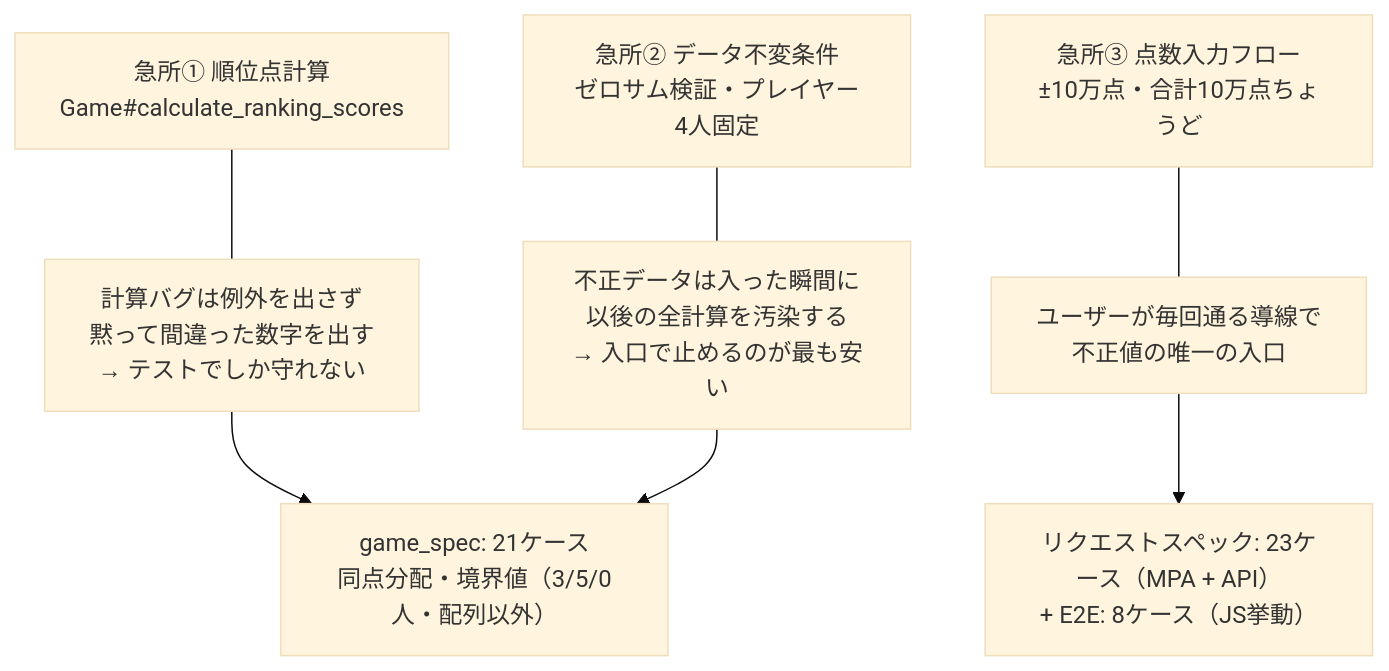
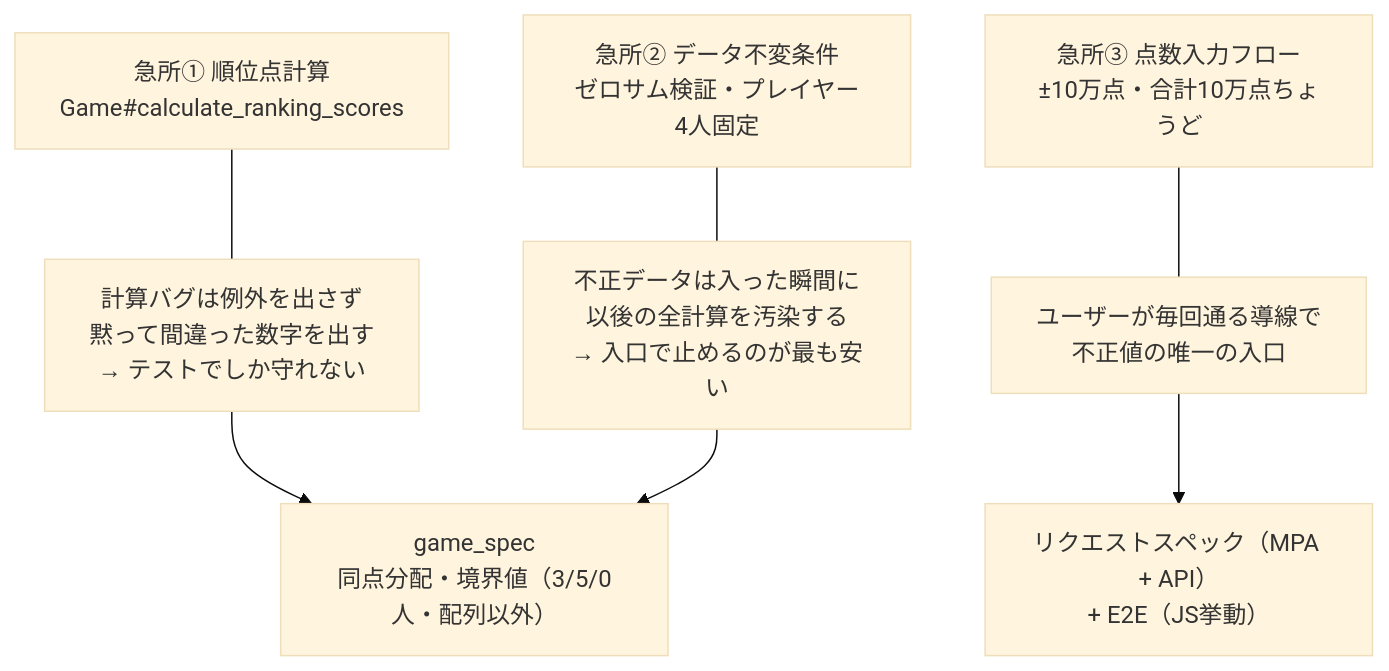
One commit to tsukamotohiroaki/mahjong_score changed the second of 2 diagrams in docs/test-strategy.md. Above: the diagram before and after it, drawn with Mermaid (base theme). The commit also changed other lines of this file and 1 other file, not shown here.

````diff
--- a/docs/test-strategy.md
+++ b/docs/test-strategy.md
@@ -28,17 +28,17 @@
 ```mermaid
 flowchart TB
     k1["急所① 順位点計算<br>Game#calculate_ranking_scores"]
     k2["急所② データ不変条件<br>ゼロサム検証・プレイヤー4人固定"]
     k3["急所③ 点数入力フロー<br>±10万点・合計10万点ちょうど"]
 
     w1["計算バグは例外を出さず<br>黙って間違った数字を出す<br>→ テストでしか守れない"]
     w2["不正データは入った瞬間に<br>以後の全計算を汚染する<br>→ 入口で止めるのが最も安い"]
     w3["ユーザーが毎回通る導線で<br>不正値の唯一の入口"]
 
-    t1["game_spec: 21ケース<br>同点分配・境界値（3/5/0人・配列以外）"]
-    t2["リクエストスペック: 23ケース（MPA + API）<br>+ E2E: 8ケース（JS挙動）"]
+    t1["game_spec<br>同点分配・境界値（3/5/0人・配列以外）"]
+    t2["リクエストスペック（MPA + API）<br>+ E2E（JS挙動）"]
 
     k1 --- w1 --> t1
     k2 --- w2 --> t1
     k3 --- w3 --> t2
 ```
````
